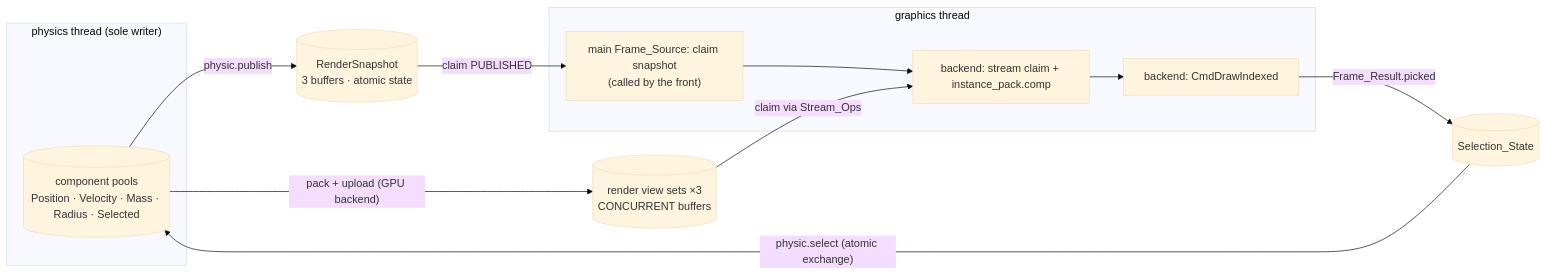
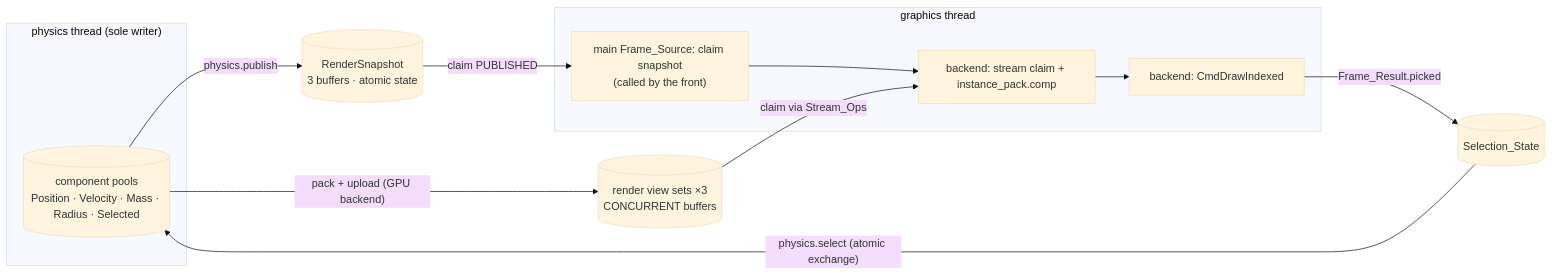
One commit to TanukiConDos/Gravity-Simulator changed the seventh of 7 diagrams in docs/architecture.md. Above: the diagram before and after it, drawn with Mermaid (base theme). The commit also changed other lines of this file and 115 other files, not shown here.

````diff
--- a/docs/architecture.md
+++ b/docs/architecture.md
@@ -272,21 +272,21 @@
 ```mermaid
 flowchart LR
     subgraph PT["physics thread (sole writer)"]
         pools[("component pools<br/>Position · Velocity · Mass · Radius · Selected")]
     end
 
-    pools -->|"physic.publish"| snap[("RenderSnapshot<br/>3 buffers · atomic state")]
+    pools -->|"physics.publish"| snap[("RenderSnapshot<br/>3 buffers · atomic state")]
     pools -->|"pack + upload (GPU backend)"| sets[("render view sets ×3<br/>CONCURRENT buffers")]
 
     subgraph GT["graphics thread"]
         pick["main Frame_Source: claim snapshot<br/>(called by the front)"]
         pack["backend: stream claim + instance_pack.comp"]
         draw["backend: CmdDrawIndexed"]
         pick --> pack --> draw
     end
 
     snap -->|"claim PUBLISHED"| pick
     sets -->|"claim via Stream_Ops"| pack
     draw -->|"Frame_Result.picked"| sel[("Selection_State")]
-    sel -->|"physic.select (atomic exchange)"| pools
+    sel -->|"physics.select (atomic exchange)"| pools
 ```
````
